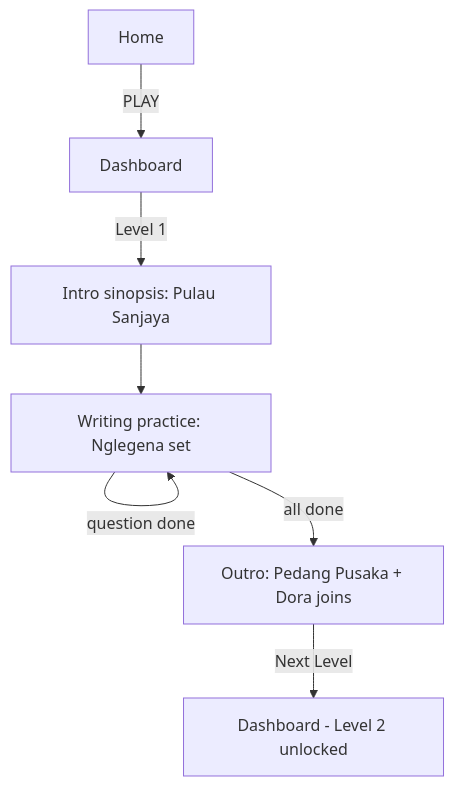
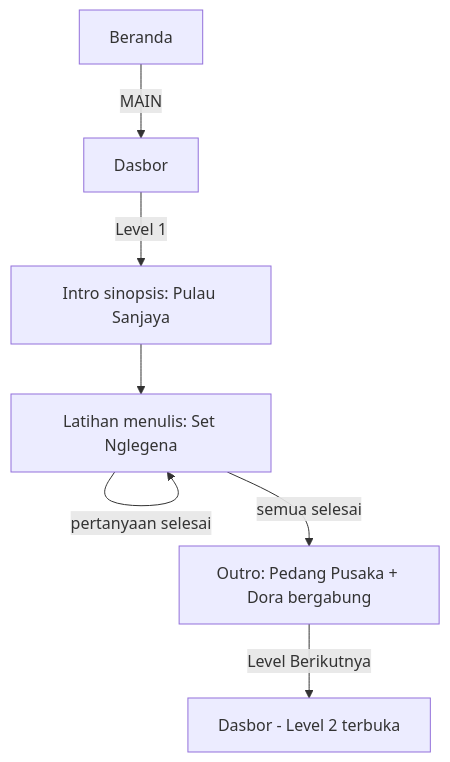
The first of 2 diagrams in docs/DESIGN_AND_DEV.md (1999AZZAR/ajisaka), drawn with Mermaid before and after one commit. The commit also changed other lines of this file and 2 other files, not shown here.

Commit message:
docs: translate all core documentation files to professional Indonesian

````diff
--- a/docs/DESIGN_AND_DEV.md
+++ b/docs/DESIGN_AND_DEV.md
@@ -184,9 +181,9 @@
 ```mermaid
 flowchart TD
-  A[Home] -->|PLAY| B[Dashboard]
+  A[Beranda] -->|MAIN| B[Dasbor]
   B -->|Level 1| C["Intro sinopsis: Pulau Sanjaya"]
-  C --> D["Writing practice: Nglegena set"]
-  D -->|question done| D
-  D -->|all done| E["Outro: Pedang Pusaka + Dora joins"]
-  E -->|Next Level| F[Dashboard - Level 2 unlocked]
+  C --> D["Latihan menulis: Set Nglegena"]
+  D -->|pertanyaan selesai| D
+  D -->|semua selesai| E["Outro: Pedang Pusaka + Dora bergabung"]
+  E -->|Level Berikutnya| F[Dasbor - Level 2 terbuka]
 ```
````
